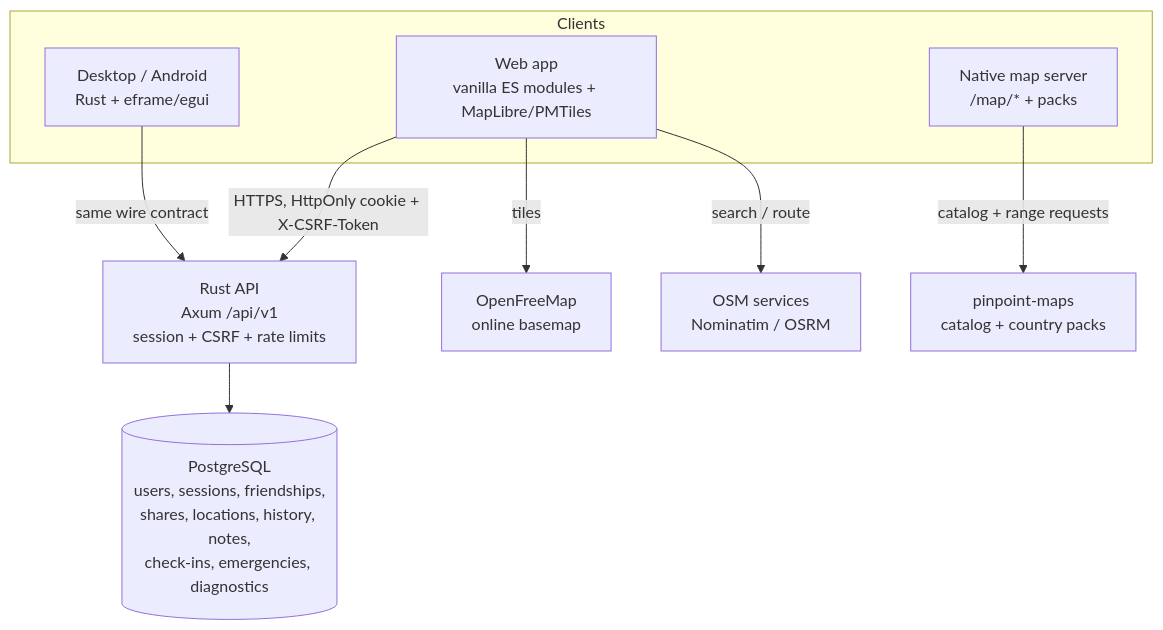
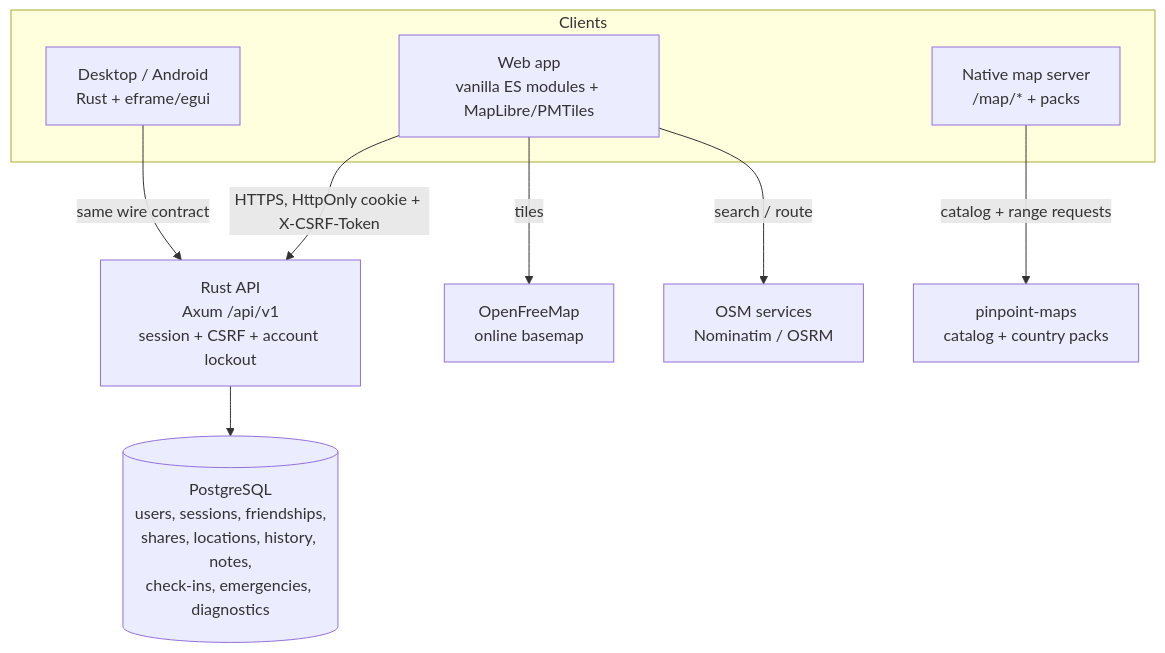
The first of 2 diagrams in docs/midterm2/Midterm2-Report.md (Prince-of-Nothing/Pinpoint), drawn with Mermaid before and after one commit. The commit also changed other lines of this file and 20 other files, not shown here.

````diff
--- a/docs/midterm2/Midterm2-Report.md
+++ b/docs/midterm2/Midterm2-Report.md
@@ -93,21 +94,21 @@
 ```mermaid
 flowchart TB
   subgraph Clients["Clients"]
     Web["Web app<br/>vanilla ES modules + MapLibre/PMTiles"]
     Native["Desktop / Android<br/>Rust + eframe/egui"]
     MapWin["Native map server<br/>/map/* + packs"]
   end
 
-  API["Rust API<br/>Axum /api/v1<br/>session + CSRF + rate limits"]
+  API["Rust API<br/>Axum /api/v1<br/>session + CSRF + account lockout"]
   PG[("PostgreSQL<br/>users, sessions, friendships,<br/>shares, locations, history, notes,<br/>check-ins, emergencies, diagnostics")]
   Tiles["OpenFreeMap<br/>online basemap"]
   OSM["OSM services<br/>Nominatim / OSRM"]
   Packs["pinpoint-maps<br/>catalog + country packs"]
 
   Web -->|"HTTPS, HttpOnly cookie + X-CSRF-Token"| API
   Native -->|"same wire contract"| API
   Web -->|"tiles"| Tiles
   Web -->|"search / route"| OSM
   MapWin -->|"catalog + range requests"| Packs
   API --> PG
 ```
````
